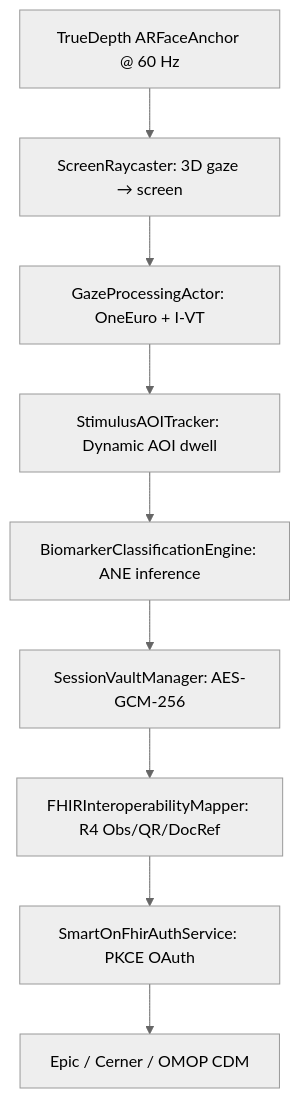
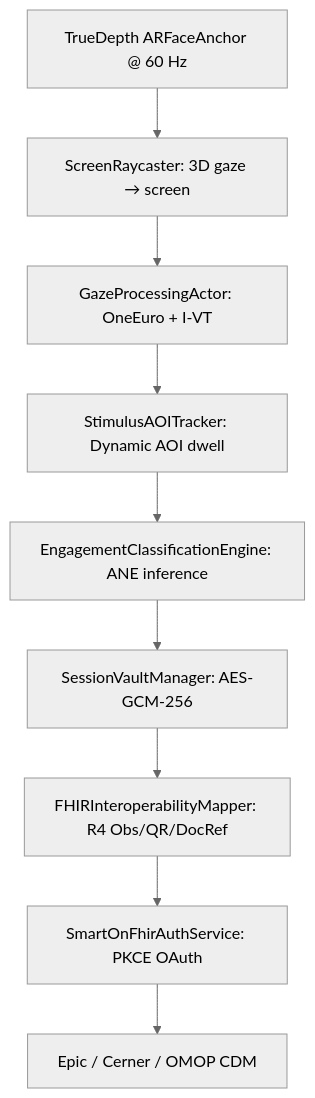
The diagram in docs/pitch_deck/PITCH_DECK_Slides.md (bishalg/vision-perception), drawn with Mermaid (neutral theme) before and after one commit. The commit also changed 74 other files, not shown here.

````diff
--- a/docs/pitch_deck/PITCH_DECK_Slides.md
+++ b/docs/pitch_deck/PITCH_DECK_Slides.md
@@ -224,11 +224,11 @@
 ```mermaid
 graph TD
     A[TrueDepth ARFaceAnchor @ 60 Hz] --> B[ScreenRaycaster: 3D gaze → screen]
     B --> C[GazeProcessingActor: OneEuro + I-VT]
     C --> D[StimulusAOITracker: Dynamic AOI dwell]
-    D --> E[BiomarkerClassificationEngine: ANE inference]
+    D --> E[EngagementClassificationEngine: ANE inference]
     E --> F[SessionVaultManager: AES-GCM-256]
     F --> G[FHIRInteroperabilityMapper: R4 Obs/QR/DocRef]
     G --> H[SmartOnFhirAuthService: PKCE OAuth]
     H --> I[Epic / Cerner / OMOP CDM]
 ```
````
